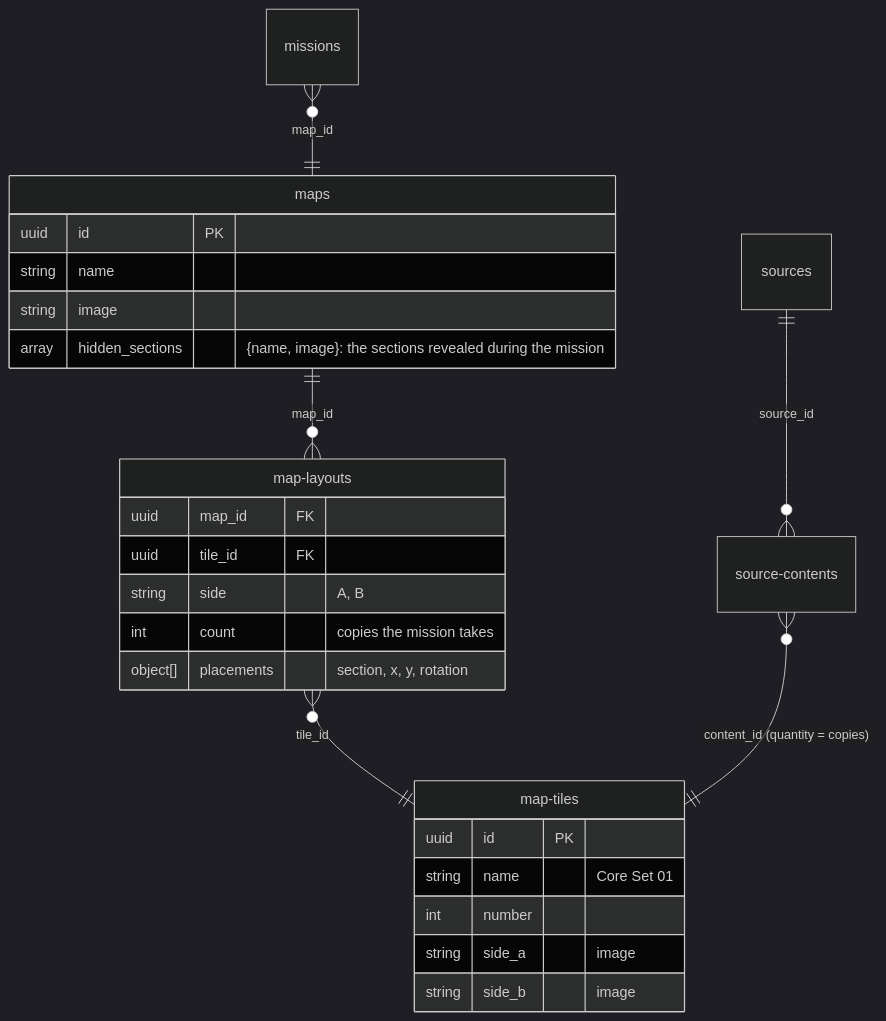
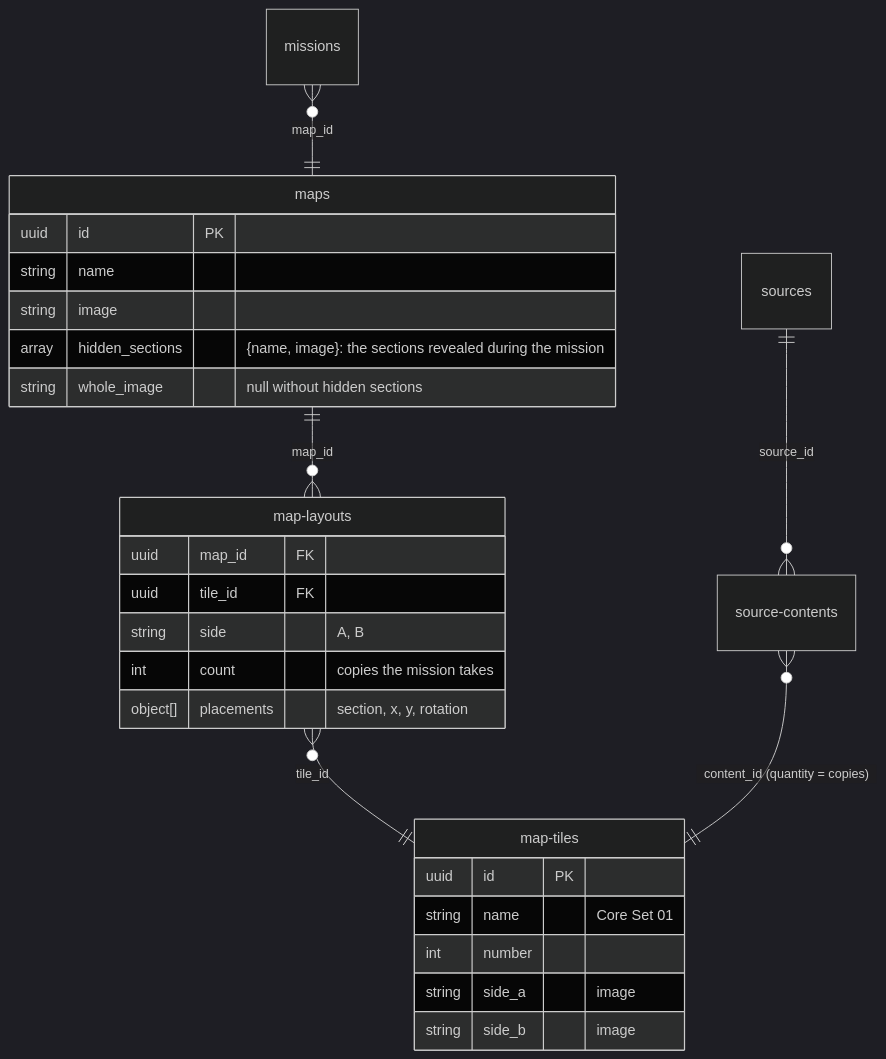
The seventh of 9 diagrams in docs/data-model.md (lvisintini/imperial-assault-data), drawn with Mermaid (dark theme) before and after one commit. The commit also changed other lines of this file and 41 other files, not shown here.

First line of the commit message:
Whole-map images for maps with hidden sections, and two examples that draw a map from its placements

````diff
--- a/docs/data-model.md
+++ b/docs/data-model.md
@@ -455,29 +457,30 @@
 ```mermaid
 erDiagram
     missions }o--|| maps : "map_id"
     maps ||--o{ map-layouts : "map_id"
     map-layouts }o--|| map-tiles : "tile_id"
     sources ||--o{ source-contents : "source_id"
     source-contents }o--|| map-tiles : "content_id (quantity = copies)"
 
     maps {
         uuid id PK
         string name
         string image
         array hidden_sections "{name, image}: the sections revealed during the mission"
+        string whole_image "null without hidden sections"
     }
     map-tiles {
         uuid id PK
         string name "Core Set 01"
         int number
         string side_a "image"
         string side_b "image"
     }
     map-layouts {
         uuid map_id FK
         uuid tile_id FK
         string side "A, B"
         int count "copies the mission takes"
         object[] placements "section, x, y, rotation"
     }
 ```
````
